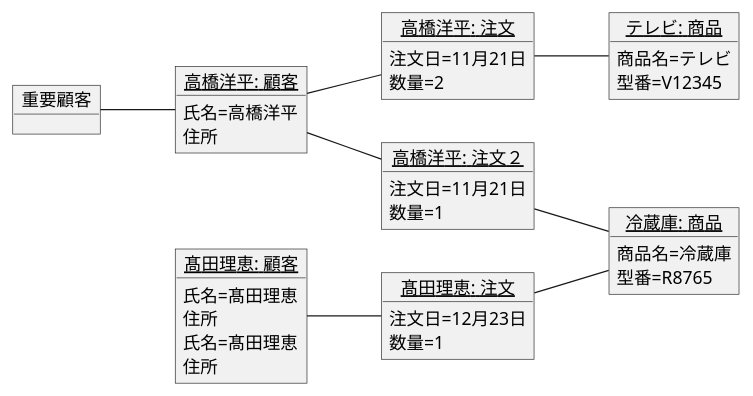
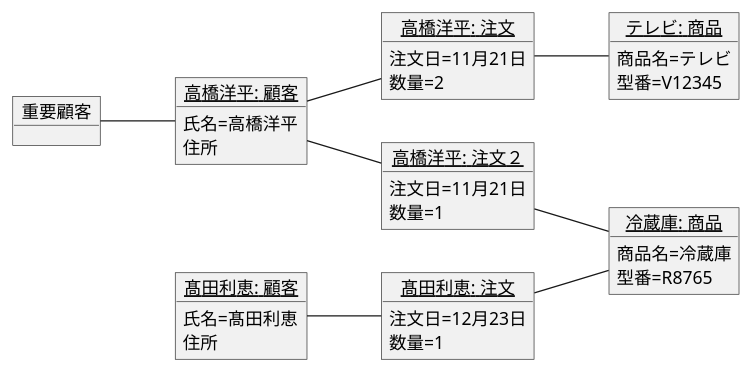
The diagram in 演習3-7_OBJ_注文のオブジェクト図.pu (hatakeyama12/uml-intro), drawn with PlantUML before and after one commit.

Commit message:
演習３－７を修正

```diff
--- a/演習3-7_OBJ_注文のオブジェクト図.pu
+++ b/演習3-7_OBJ_注文のオブジェクト図.pu
@@ -1,46 +1,43 @@
 @startuml 演習３－７
 left to right direction
 object 重要顧客 {
 
 }
 object "<u>高橋洋平: 顧客</u>" as k1 {
 氏名=高橋洋平
 住所
 }
-object "<u>髙田理恵: 顧客</u>" as k2 {
-氏名=髙田理恵
+object "<u>髙田利恵: 顧客</u>" as k2 {
+氏名=髙田利恵
 住所
 }
-object "<u>: 顧客</u>" as k2 {
-氏名=髙田理恵
-住所
-}
+
 object "<u>テレビ: 商品</u>" as s1 {
 商品名=テレビ
 型番=V12345
 }
 object "<u>冷蔵庫: 商品</u>" as s2 {
 商品名=冷蔵庫
 型番=R8765
 }
 object "<u>高橋洋平: 注文</u>" as t1 {
 注文日=11月21日
 数量=2
 }
 object "<u>高橋洋平: 注文２</u>" as t2 {
 注文日=11月21日
 数量=1
 }
-object "<u>髙田理恵: 注文</u>" as t3 {
+object "<u>髙田利恵: 注文</u>" as t3 {
 注文日=12月23日
 数量=1
 }
 重要顧客 -- k1
 k1 -- t1
 t1 -- s1
 k2 -- t3
 t3 -- s2
 k1 -- t2
 t2 --s2
 
 @enduml
```
